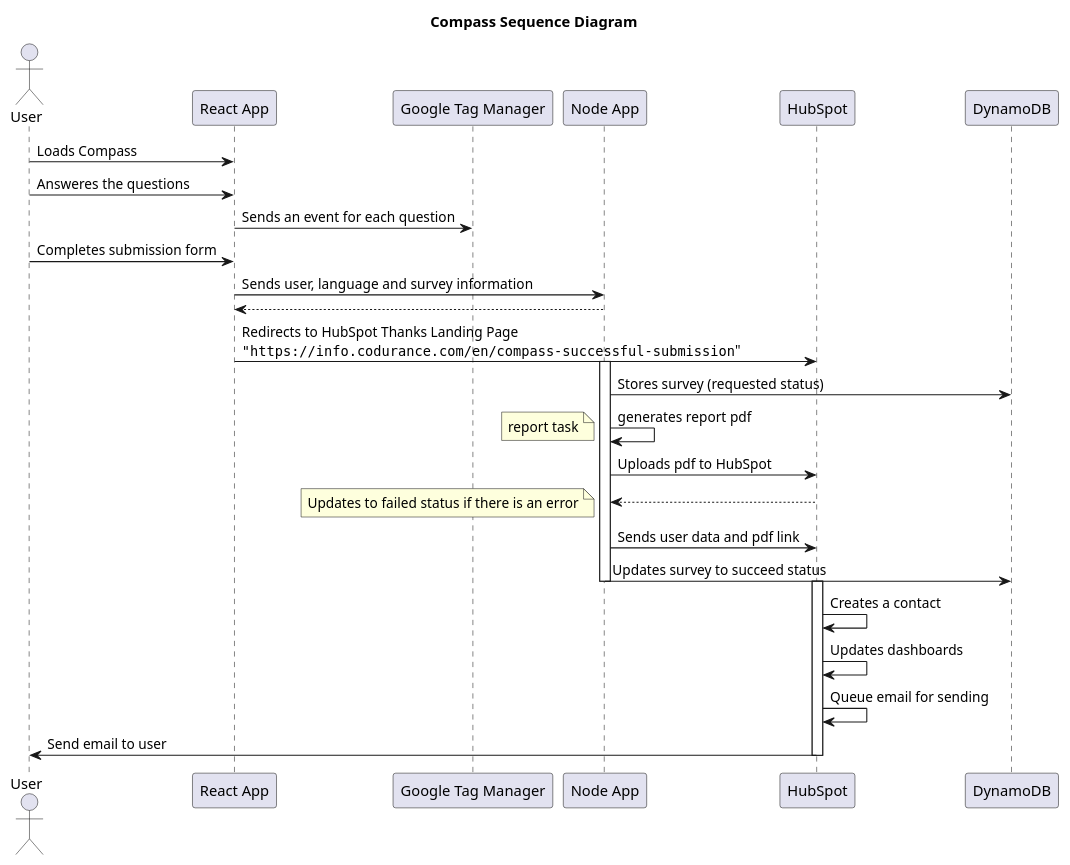
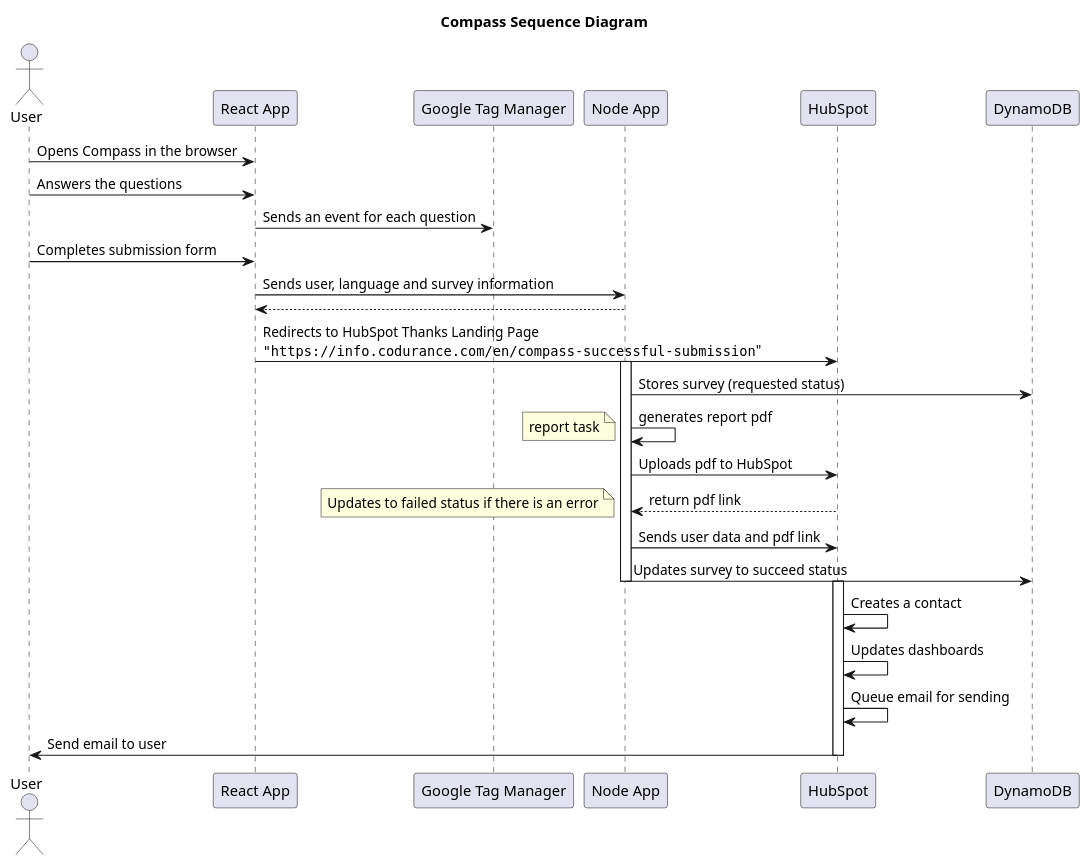
The diagram in docs/diagrams/src/sequence-diagram.puml (codurance/soft-mod-compass), drawn with PlantUML before and after one commit. The commit also changed 3 other files, not shown here.

Commit message:
Update sequence diagram and remove old ones

```diff
--- a/docs/diagrams/src/sequence-diagram.puml
+++ b/docs/diagrams/src/sequence-diagram.puml
@@ -1,41 +1,41 @@
 @startuml
 skinparam BoxPadding 10
 title Compass Sequence Diagram
 
 actor "User"
 participant "React App" as React
 participant "Google Tag Manager" as TGM
 participant "Node App" as NodeApp
 participant "HubSpot"
 participant "DynamoDB" as DB
 
-User -> React: Loads Compass
-User -> React: Answeres the questions
+User -> React: Opens Compass in the browser
+User -> React: Answers the questions
 
 React -> TGM: Sends an event for each question
 User -> React: Completes submission form
 
 React -> NodeApp: Sends user, language and survey information
 React <-- NodeApp:
 React -> HubSpot: Redirects to HubSpot Thanks Landing Page\n"""https://info.codurance.com/en/compass-successful-submission"""
 
 
 activate NodeApp
 NodeApp -> DB: Stores survey (requested status)
 NodeApp -> NodeApp: generates report pdf
 note left: report task
 NodeApp -> HubSpot: Uploads pdf to HubSpot
-NodeApp <-- HubSpot:
+NodeApp <-- HubSpot: return pdf link
 note left: Updates to failed status if there is an error
 NodeApp -> HubSpot: Sends user data and pdf link
 NodeApp -> DB: Updates survey to succeed status
 deactivate NodeApp
 
 activate HubSpot
 HubSpot -> HubSpot: Creates a contact
 HubSpot -> HubSpot: Updates dashboards
 HubSpot -> HubSpot: Queue email for sending
 HubSpot -> User: Send email to user
 deactivate HubSpot
 
 @enduml 
```
